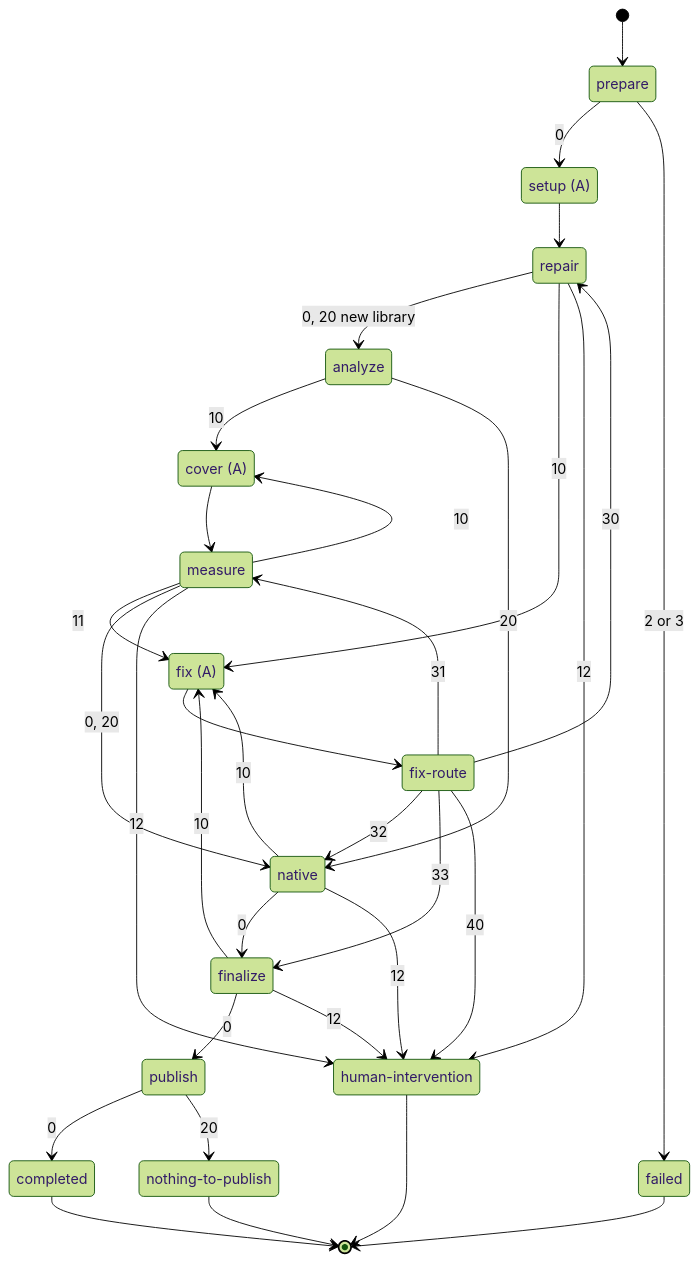
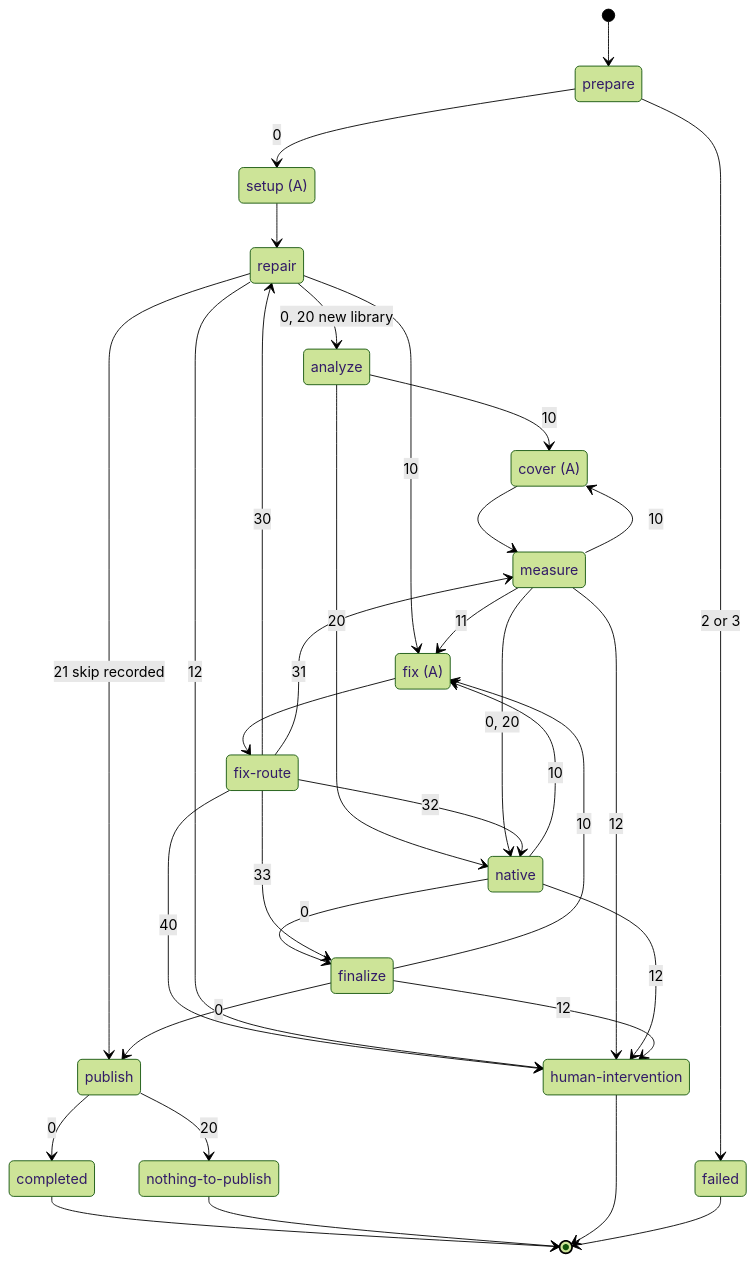
Before and after one commit to oracle/graalvm-reachability-metadata: the diagram in forge/docs/architecture/workflow-pipeline.md, drawn with Mermaid (forest theme). The commit also changed other lines of this file and 3 other files, not shown here.

````diff
--- a/forge/docs/architecture/workflow-pipeline.md
+++ b/forge/docs/architecture/workflow-pipeline.md
@@ -70,42 +71,43 @@
 ```mermaid
 stateDiagram-v2
     state "setup (A)" as setup
     state "cover (A)" as cover
     state "fix (A)" as fix
     state "fix-route" as route
     state "nothing-to-publish" as nothing
     state "human-intervention" as human
 
     [*] --> prepare
     prepare --> setup: 0
     prepare --> failed: 2 or 3
     setup --> repair
     repair --> analyze: 0, 20 new library
     repair --> fix: 10
+    repair --> publish: 21 skip recorded
     analyze --> cover: 10
     analyze --> native: 20
     cover --> measure
     measure --> cover: 10
     measure --> fix: 11
     measure --> native: 0, 20
     native --> finalize: 0
     native --> fix: 10
     finalize --> publish: 0
     finalize --> fix: 10
     fix --> route
     route --> repair: 30
     route --> measure: 31
     route --> native: 32
     route --> finalize: 33
     route --> human: 40
     repair --> human: 12
     measure --> human: 12
     native --> human: 12
     finalize --> human: 12
     publish --> completed: 0
     publish --> nothing: 20
     completed --> [*]
     nothing --> [*]
     human --> [*]
     failed --> [*]
 ```
````
